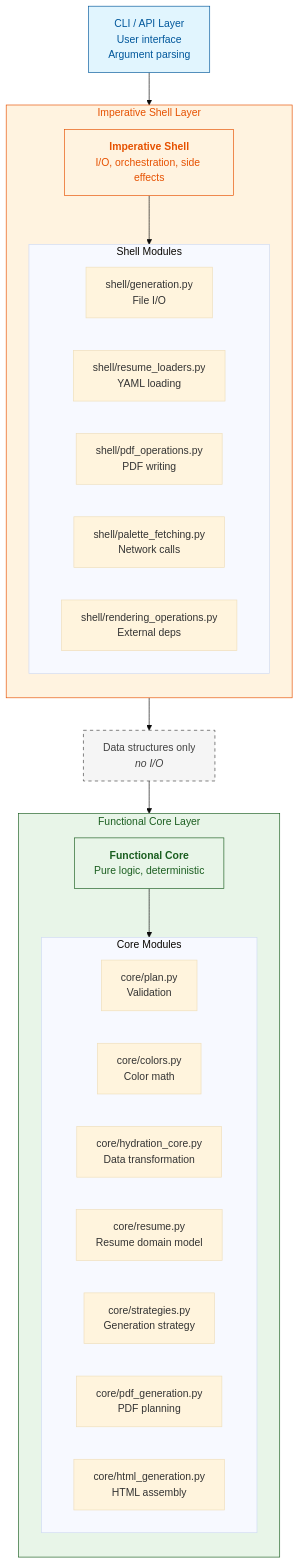
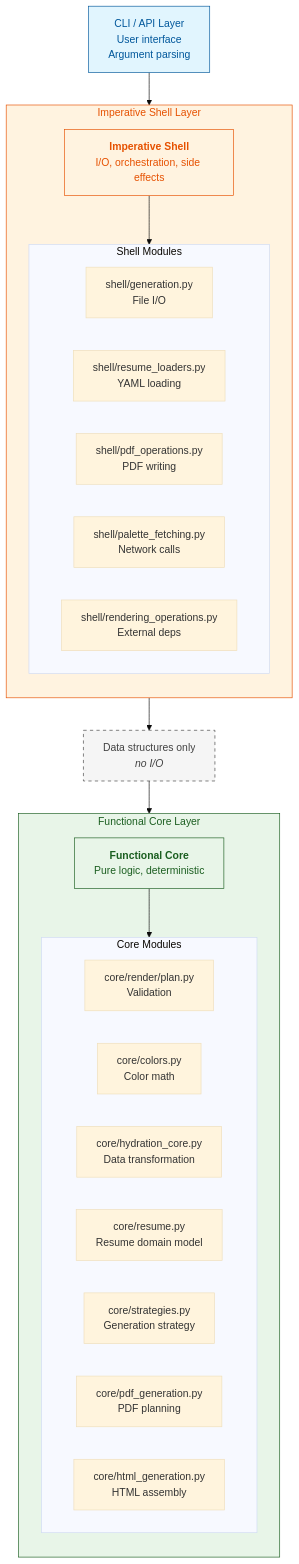
Before and after one commit to athola/simple-resume: the diagram in wiki/Architecture-Guide.md, drawn with Mermaid (base theme). The commit also changed other lines of this file and 2 other files, not shown here.

Commit message:
fix(docs): update stale references to relocated plan.py
Address PR #29 review feedback:

- Update wiki/Architecture-Guide.md references from core/plan.py
  to core/render/plan.py in both Mermaid diagram and Compliant
  Modules list
- Update test_template_structure.py comment to reference new path
- Add test_cover_template_renders_with_minimal_config to verify
  cover.html template defensive .get() patterns work correctly
- Add checks for invalid CSS values (Nonemm, Nonepx, None})

Related: #35, #36

🤖 Generated with [Claude Code](https://claude.com/claude-code)

````diff
--- a/wiki/Architecture-Guide.md
+++ b/wiki/Architecture-Guide.md
@@ -16,46 +16,46 @@
 ```mermaid
 flowchart TD
     CLI[CLI / API Layer<br>User interface<br>Argument parsing] --> Shell
 
     subgraph Shell [Imperative Shell Layer]
         direction TB
         ShellTitle[<b>Imperative Shell</b><br>I/O, orchestration, side effects]
 
         subgraph ShellModules [Shell Modules]
             SG[shell/generation.py<br>File I/O]
             SL[shell/resume_loaders.py<br>YAML loading]
             SP[shell/pdf_operations.py<br>PDF writing]
             SF[shell/palette_fetching.py<br>Network calls]
             SR[shell/rendering_operations.py<br>External deps]
         end
 
         ShellTitle --> ShellModules
     end
 
     Shell --> DataFlow[Data structures only<br><i>no I/O</i>]
     DataFlow --> Core
 
     subgraph Core [Functional Core Layer]
         direction TB
         CoreTitle[<b>Functional Core</b><br>Pure logic, deterministic]
 
         subgraph CoreModules [Core Modules]
-            CP[core/plan.py<br>Validation]
+            CP[core/render/plan.py<br>Validation]
             CC[core/colors.py<br>Color math]
             CH[core/hydration_core.py<br>Data transformation]
             CR[core/resume.py<br>Resume domain model]
             CS[core/strategies.py<br>Generation strategy]
             CG[core/pdf_generation.py<br>PDF planning]
             CH2[core/html_generation.py<br>HTML assembly]
         end
 
         CoreTitle --> CoreModules
     end
 
     style CLI fill:#e1f5fe,stroke:#01579b,color:#01579b
     style Shell fill:#fff3e0,stroke:#e65100,color:#e65100
     style DataFlow fill:#f5f5f5,stroke:#424242,color:#424242,stroke-dasharray: 5 5
     style Core fill:#e8f5e8,stroke:#1b5e20,color:#1b5e20
     style ShellTitle fill:#fff3e0,stroke:#e65100,color:#e65100
     style CoreTitle fill:#e8f5e8,stroke:#1b5e20,color:#1b5e20
 ```
````
